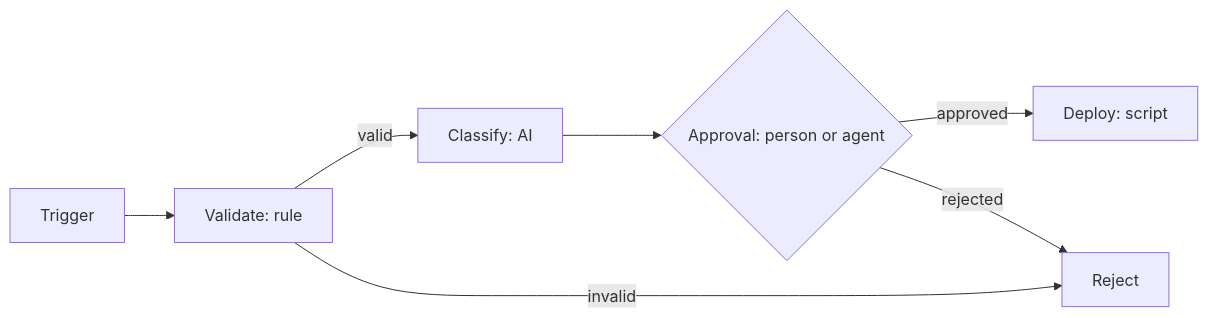
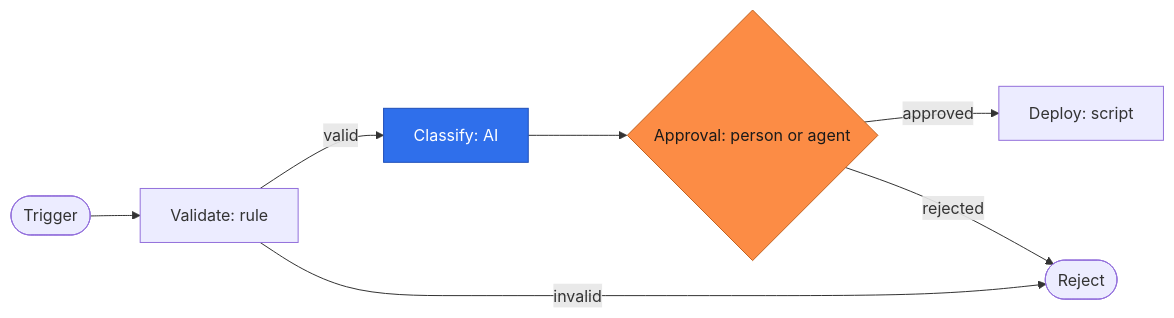
Before and after one commit to infenia/yukta: the diagram in README.md, drawn with Mermaid. The commit also changed other lines of this file and 6 other files, not shown here.

````diff
--- a/README.md
+++ b/README.md
@@ -44,9 +51,13 @@
 ```mermaid
 flowchart LR
-    T[Trigger] --> V[Validate: rule]
+    T([Trigger]) --> V[Validate: rule]
     V -->|valid| C[Classify: AI]
-    V -->|invalid| R[Reject]
+    V -->|invalid| R([Reject])
     C --> A{Approval: person or agent}
     A -->|approved| D[Deploy: script]
     A -->|rejected| R
+    classDef ai fill:#2f6feb,stroke:#1f4fb8,color:#ffffff
+    classDef gate fill:#fc8c45,stroke:#c2621f,color:#1a1a1a
+    class C ai
+    class A gate
 ```
````
